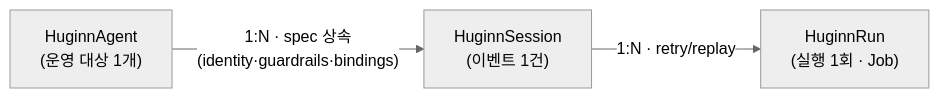
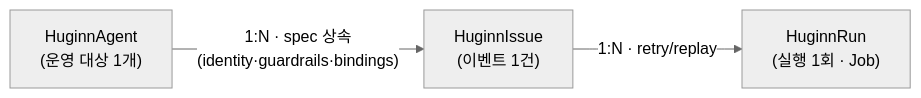
The second of 5 diagrams in docs/design/muninn-devops-agent-platform.md (KimSoungRyoul/muninn), drawn with Mermaid (neutral theme) before and after one commit. The commit also changed other lines of this file and 35 other files, not shown here.

First line of the commit message:
refactor: HuginnSession→HuginnIssue 전면 개명 (Operator·docs·web) + 출력 issue→github_issue

````diff
--- a/docs/design/muninn-devops-agent-platform.md
+++ b/docs/design/muninn-devops-agent-platform.md
@@ -142,8 +142,8 @@
 ```mermaid
 flowchart LR
     APP["HuginnAgent<br/>(운영 대상 1개)"]
-    SESS["HuginnSession<br/>(이벤트 1건)"]
+    SESS["HuginnIssue<br/>(이벤트 1건)"]
     RUN["HuginnRun<br/>(실행 1회 · Job)"]
     APP -- "1:N · spec 상속(identity·guardrails·bindings)" --> SESS
     SESS -- "1:N · retry/replay" --> RUN
 ```
````
